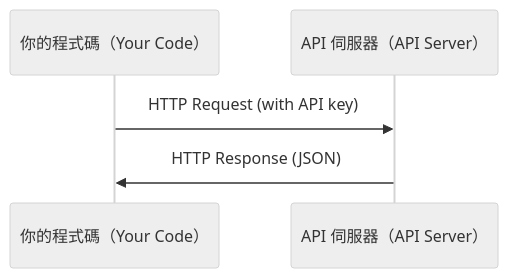
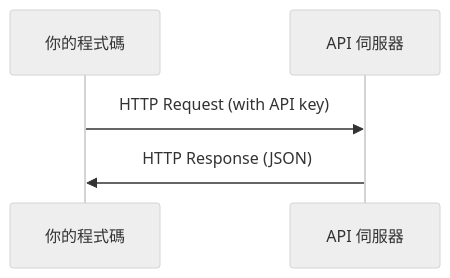
One commit to edward821220/ai-engineering-from-scratch changed the diagram in i18n/zh-TW/phases/00-setup-and-tooling/04-apis-and-keys/docs/zh-TW.md. Above: the diagram before and after it, drawn with Mermaid (neutral theme). The commit also changed 123 other files, not shown here.

````diff
--- a/i18n/zh-TW/phases/00-setup-and-tooling/04-apis-and-keys/docs/zh-TW.md
+++ b/i18n/zh-TW/phases/00-setup-and-tooling/04-apis-and-keys/docs/zh-TW.md
@@ -23,7 +23,7 @@
 ```mermaid
 sequenceDiagram
-    participant C as 你的程式碼（Your Code）
-    participant S as API 伺服器（API Server）
+    participant C as 你的程式碼
+    participant S as API 伺服器
     C->>S: HTTP Request (with API key)
     S->>C: HTTP Response (JSON)
 ```
````
